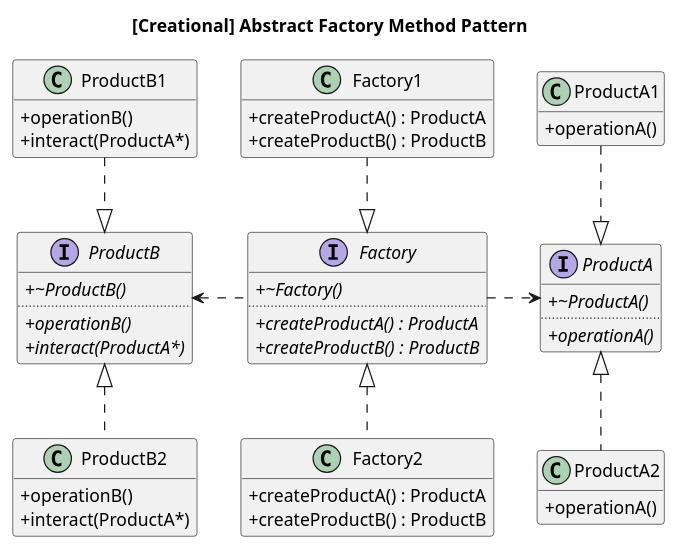
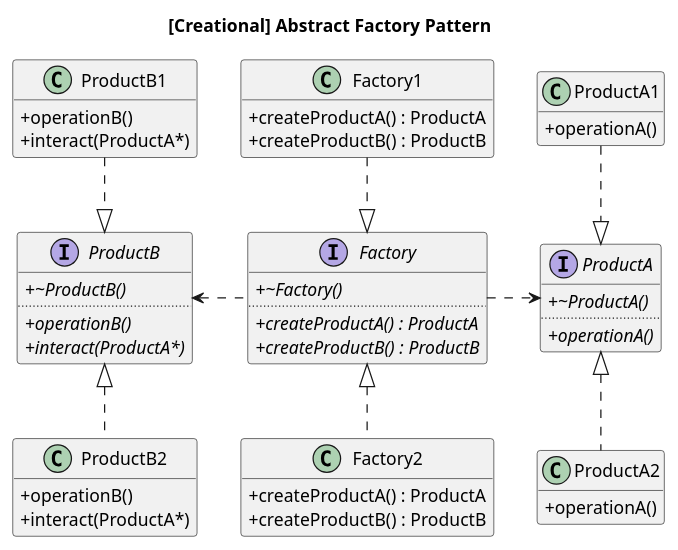
One commit to nampluskr/design_patterns changed the diagram in cpp_templates/creational/abstract-factory/creational_abstract-factory_template.puml. Above: the diagram before and after it, drawn with PlantUML. The commit also changed 11 other files, not shown here.

```diff
--- a/cpp_templates/creational/abstract-factory/creational_abstract-factory_template.puml
+++ b/cpp_templates/creational/abstract-factory/creational_abstract-factory_template.puml
@@ -1,65 +1,65 @@
 @startuml
 skinparam classAttributeIconSize 0
-title [Creational] Abstract Factory Method Pattern
+title [Creational] Abstract Factory Pattern
 
 'note as N1
 '...
 'end note
 
 interface ProductA {
   + {abstract} ~ProductA()
   ..
   + {abstract} operationA()
 }
 class ProductA1 {
   + operationA()
 }
 class ProductA2 {
   + operationA()
 }
 
 interface ProductB {
   + {abstract} ~ProductB()
   ..
   + {abstract} operationB()
   + {abstract} interact(ProductA*)
 }
 class ProductB1 {
   + operationB()
   + interact(ProductA*)
 }
 class ProductB2 {
   + operationB()
   + interact(ProductA*)
 }
 
 interface Factory {
   + {abstract} ~Factory()
   ..
   + {abstract} createProductA() : ProductA
   + {abstract} createProductB() : ProductB
 }
 class Factory1 {
   + createProductA() : ProductA
   + createProductB() : ProductB
 }
 class Factory2 {
   + createProductA() : ProductA
   + createProductB() : ProductB
 }
 
 ProductA <|.u. ProductA1
 ProductA <|.d. ProductA2
 
 Factory <|.u. Factory1
 Factory <|.d. Factory2
 
 ProductB <|.u. ProductB1
 ProductB <|.d. ProductB2
 
 Factory .l.> ProductB
 Factory .r.> ProductA
 
 hide empty members
 
 @enduml
```
